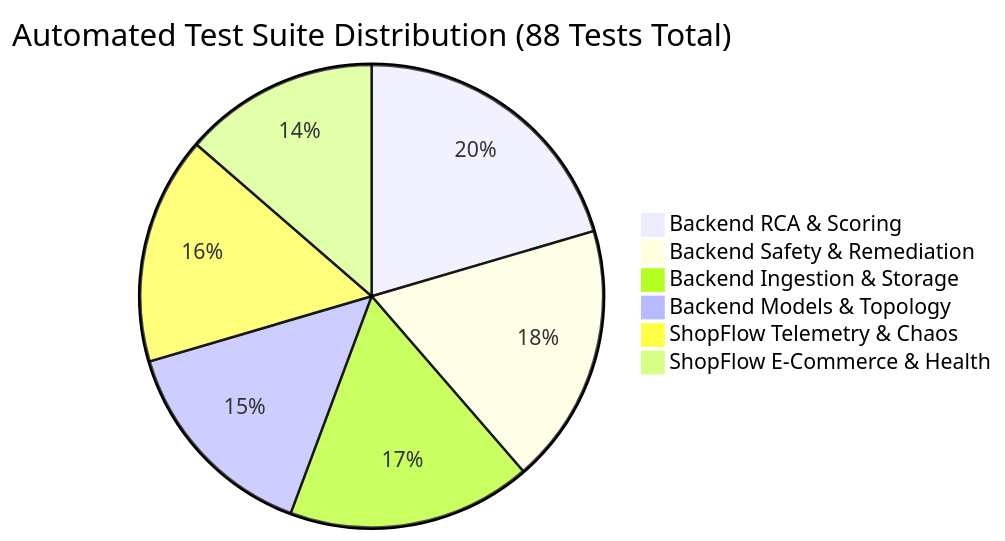
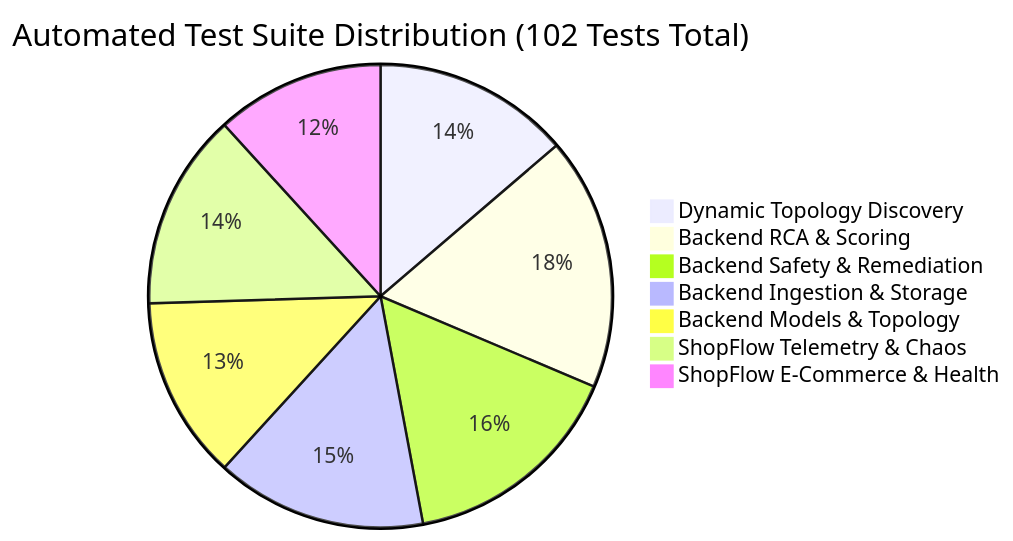
Diagram 12 of 18 in IEEE_GENESIS_2026_ROUND2_TECHNICAL_DOCUMENTATION.md (itsmageshwaran/OPSPILOT), drawn with Mermaid before and after one commit. The commit also changed other lines of this file and 14 other files, not shown here.

Commit message:
feat(topology): implement Grafana-assisted dynamic topology discovery with 102/102 tests green

````diff
--- a/IEEE_GENESIS_2026_ROUND2_TECHNICAL_DOCUMENTATION.md
+++ b/IEEE_GENESIS_2026_ROUND2_TECHNICAL_DOCUMENTATION.md
@@ -650,9 +714,10 @@
 ```mermaid
-pie title Automated Test Suite Distribution (88 Tests Total)
+pie title Automated Test Suite Distribution (102 Tests Total)
+    "Dynamic Topology Discovery" : 14
     "Backend RCA & Scoring" : 18
     "Backend Safety & Remediation" : 16
     "Backend Ingestion & Storage" : 15
     "Backend Models & Topology" : 13
     "ShopFlow Telemetry & Chaos" : 14
     "ShopFlow E-Commerce & Health" : 12
 ```
````
